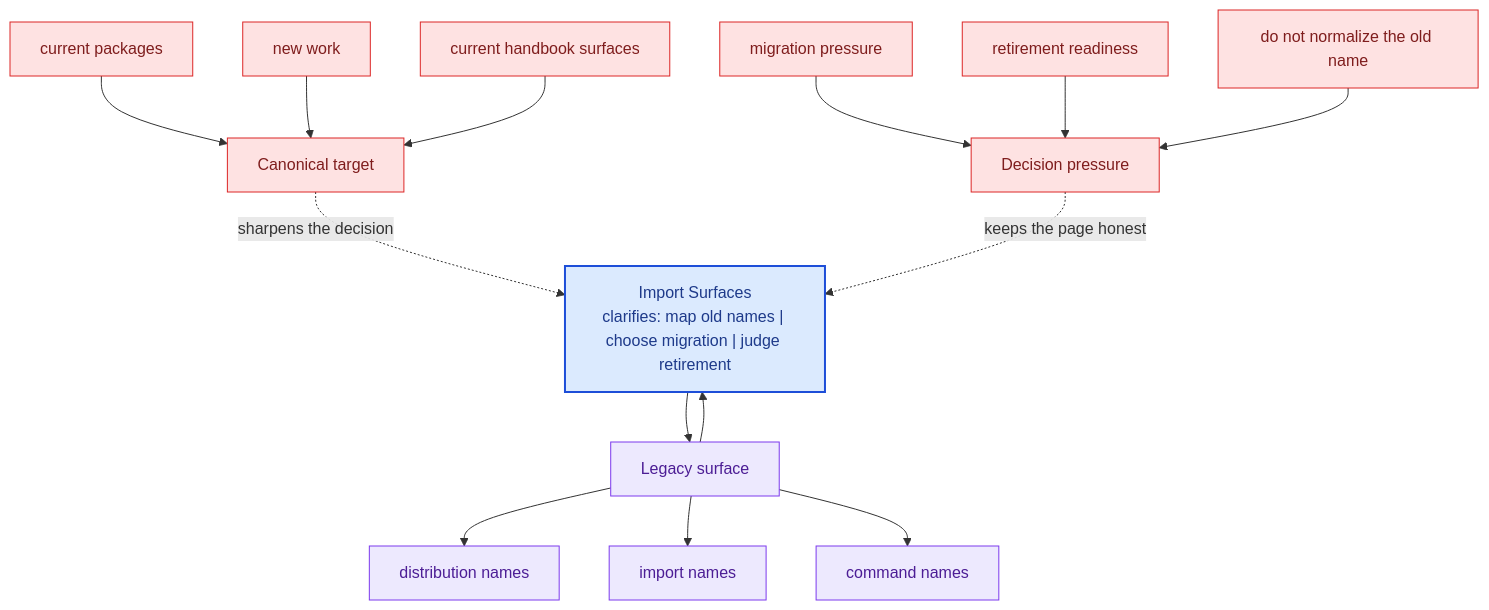
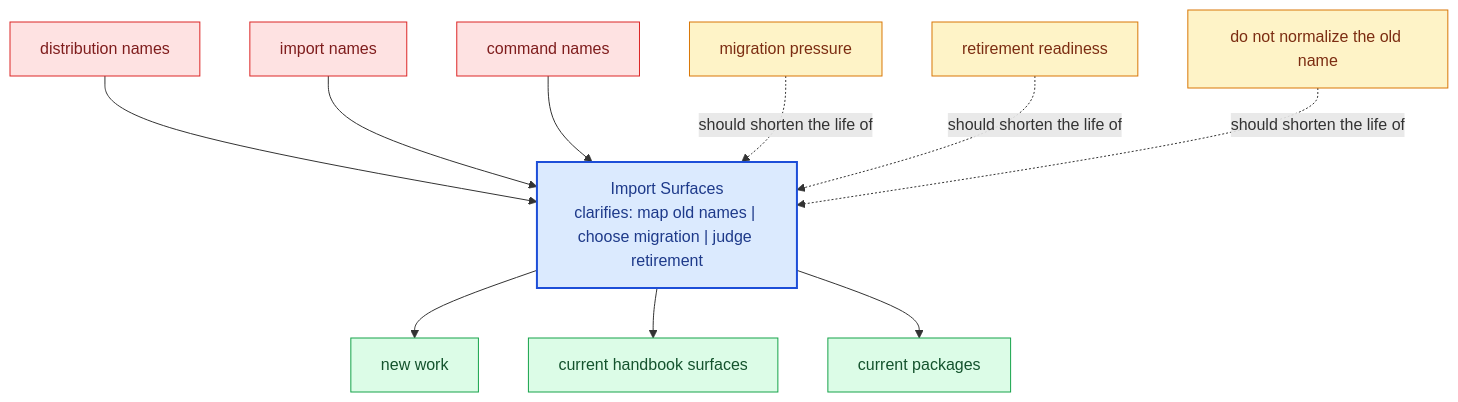
Before and after one commit to bijux/bijux-canon: the diagram in docs/compat-packages/import-surfaces.md, drawn with Mermaid. The commit also changed other lines of this file and 281 other files, not shown here.

Commit message:
docs(diagrams): replace repeated mermaid scaffolds with page-specific summaries

````diff
--- a/docs/compat-packages/import-surfaces.md
+++ b/docs/compat-packages/import-surfaces.md
@@ -68,40 +23,31 @@
 ```mermaid
 flowchart TB
-    promise["Import Surfaces<br/>clarifies: map old names | choose migration | judge retirement"]
-    classDef promise fill:#dbeafe,stroke:#1d4ed8,color:#1e3a8a,stroke-width:2px;
-    classDef driver fill:#dcfce7,stroke:#16a34a,color:#14532d;
-    classDef constraint fill:#fee2e2,stroke:#dc2626,color:#7f1d1d;
-    classDef ground fill:#ede9fe,stroke:#7c3aed,color:#4c1d95;
-    focus1["Legacy surface"]
-    focus1 --> promise
-    promise --> focus1
-    focus1_1["distribution names"]
-    focus1 --> focus1_1
-    focus1_2["import names"]
-    focus1 --> focus1_2
-    focus1_3["command names"]
-    focus1 --> focus1_3
-    class focus1 ground;
-    class focus1_1,focus1_2,focus1_3 ground;
-    focus2["Canonical target"]
-    focus2 -.sharpens the decision.-> promise
-    focus2_1["current packages"]
-    focus2_1 --> focus2
-    focus2_2["new work"]
-    focus2_2 --> focus2
-    focus2_3["current handbook surfaces"]
-    focus2_3 --> focus2
-    class focus2 constraint;
-    class focus2_1,focus2_2,focus2_3 constraint;
-    focus3["Decision pressure"]
-    focus3 -.keeps the page honest.-> promise
-    focus3_1["migration pressure"]
-    focus3_1 --> focus3
-    focus3_2["retirement readiness"]
-    focus3_2 --> focus3
-    focus3_3["do not normalize the old name"]
-    focus3_3 --> focus3
-    class focus3 constraint;
-    class focus3_1,focus3_2,focus3_3 constraint;
-    class promise promise;
+    page["Import Surfaces<br/>clarifies: map old names | choose migration | judge retirement"]
+    classDef page fill:#dbeafe,stroke:#1d4ed8,color:#1e3a8a,stroke-width:2px;
+    classDef positive fill:#dcfce7,stroke:#16a34a,color:#14532d;
+    classDef caution fill:#fee2e2,stroke:#dc2626,color:#7f1d1d;
+    classDef anchor fill:#ede9fe,stroke:#7c3aed,color:#4c1d95;
+    classDef action fill:#fef3c7,stroke:#d97706,color:#7c2d12;
+    legacy1["distribution names"]
+    legacy1 --> page
+    legacy2["import names"]
+    legacy2 --> page
+    legacy3["command names"]
+    legacy3 --> page
+    canon1["new work"]
+    page --> canon1
+    canon2["current handbook surfaces"]
+    page --> canon2
+    canon3["current packages"]
+    page --> canon3
+    pressure1["migration pressure"]
+    pressure1 -.should shorten the life of.-> page
+    pressure2["retirement readiness"]
+    pressure2 -.should shorten the life of.-> page
+    pressure3["do not normalize the old name"]
+    pressure3 -.should shorten the life of.-> page
+    class page page;
+    class legacy1,legacy2,legacy3 caution;
+    class canon1,canon2,canon3 positive;
+    class pressure1,pressure2,pressure3 action;
 ```
````
